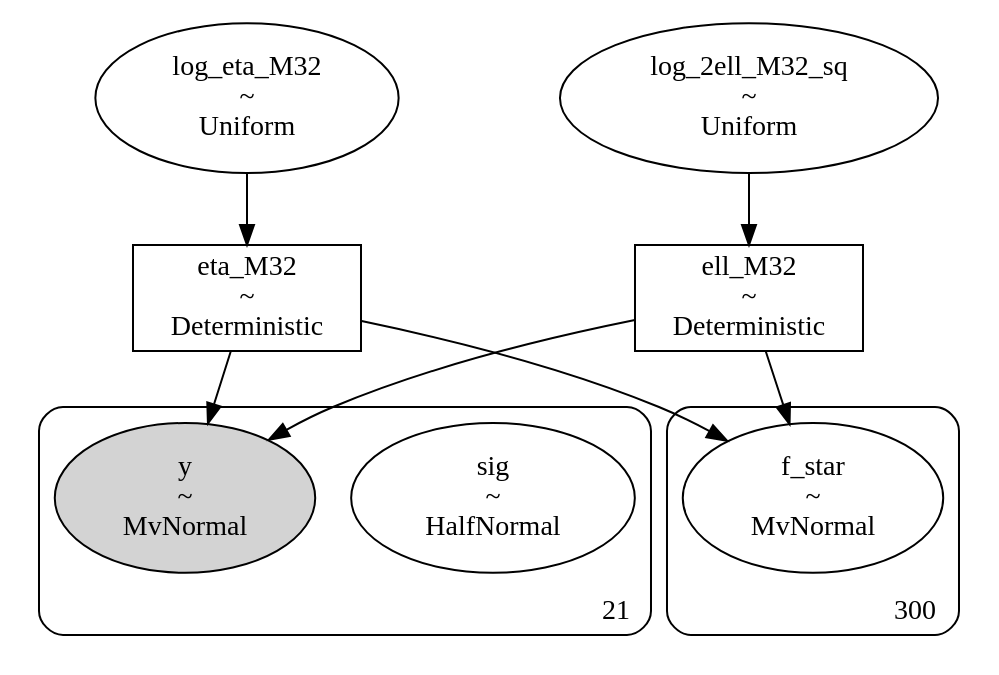
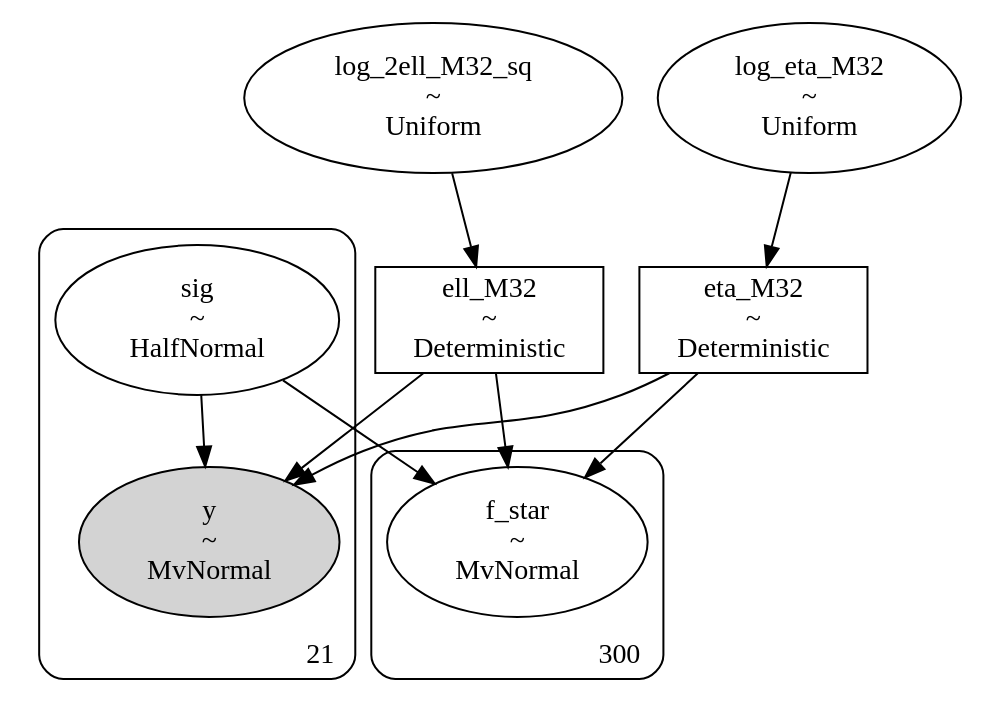
One commit to shihchingfu/gp-sandbox-thunderkat changed the diagram in dags/428_ra236.530_dec-46.922_4U1543TraPDB_andersson_m32_dag.dot. Above: the diagram before and after it, drawn with Graphviz. The commit also changed 10 other files, not shown here.

```diff
--- a/dags/428_ra236.530_dec-46.922_4U1543TraPDB_andersson_m32_dag.dot
+++ b/dags/428_ra236.530_dec-46.922_4U1543TraPDB_andersson_m32_dag.dot
@@ -1,35 +1,37 @@
 digraph {
+	ell_M32 [label="ell_M32
+~
+Deterministic" shape=box]
 	log_eta_M32 [label="log_eta_M32
 ~
 Uniform" shape=ellipse]
 	eta_M32 [label="eta_M32
 ~
 Deterministic" shape=box]
-	ell_M32 [label="ell_M32
-~
-Deterministic" shape=box]
 	log_2ell_M32_sq [label="log_2ell_M32_sq
 ~
 Uniform" shape=ellipse]
 	subgraph cluster21 {
+		y [label="y
+~
+MvNormal" shape=ellipse style=filled]
 		sig [label="sig
 ~
 HalfNormal" shape=ellipse]
-		y [label="y
-~
-MvNormal" shape=ellipse style=filled]
 		label=21 labeljust=r labelloc=b style=rounded
 	}
 	subgraph cluster300 {
 		f_star [label="f_star
 ~
 MvNormal" shape=ellipse]
 		label=300 labeljust=r labelloc=b style=rounded
 	}
 	log_2ell_M32_sq -> ell_M32
 	log_eta_M32 -> eta_M32
+	ell_M32 -> y
+	sig -> y
 	eta_M32 -> y
-	ell_M32 -> y
+	ell_M32 -> f_star
+	sig -> f_star
 	eta_M32 -> f_star
-	ell_M32 -> f_star
 }
```
